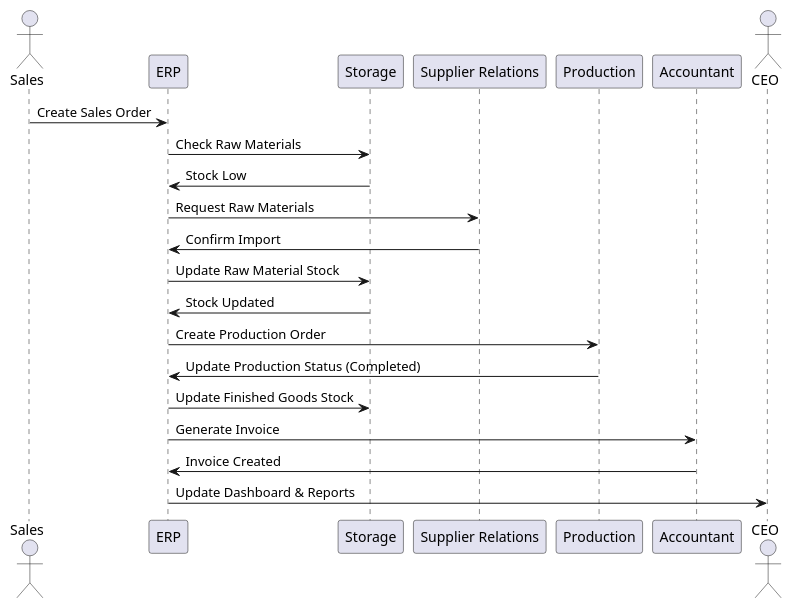
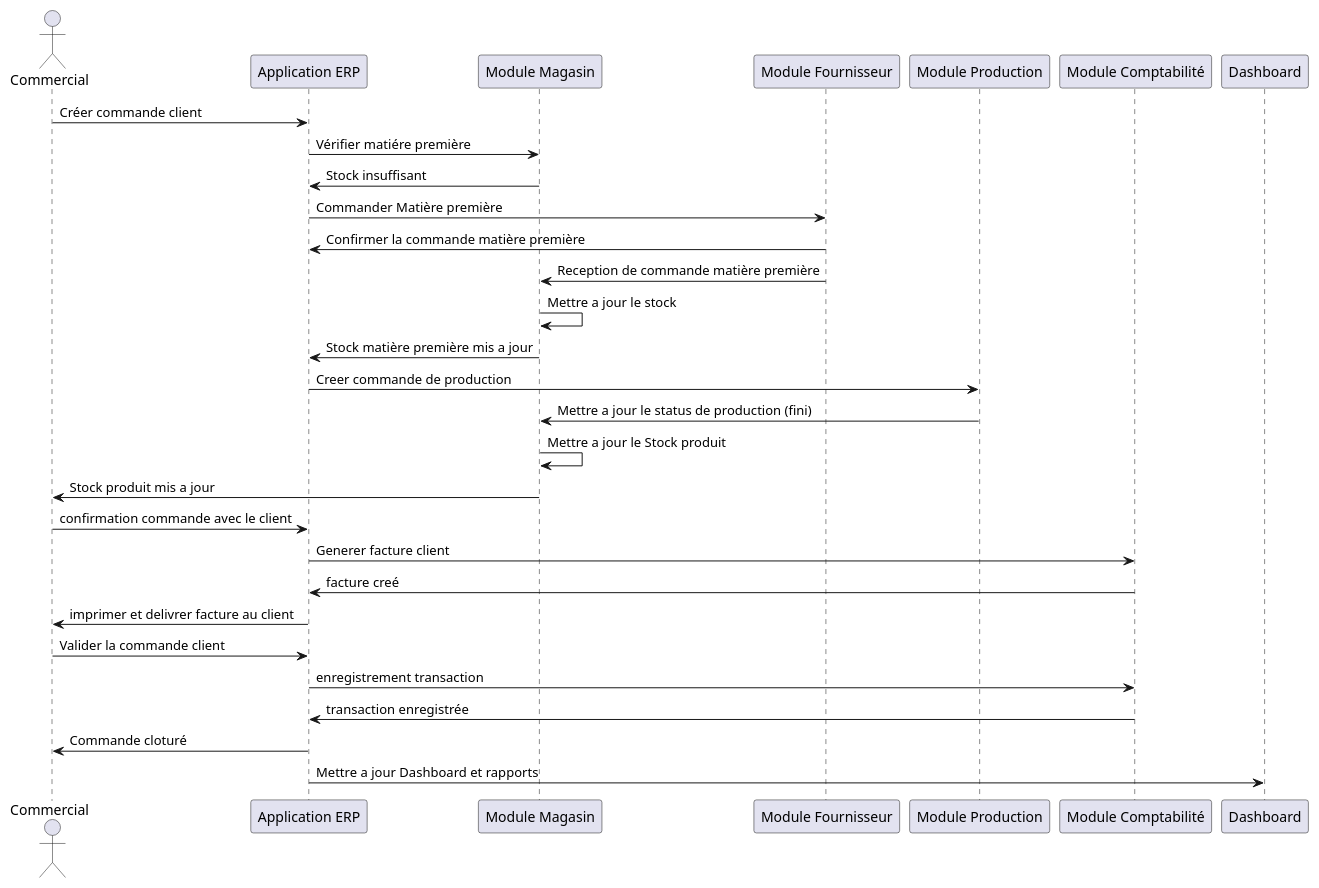
The diagram in sequence_diagram.wsd (ghoulamedz/erp), drawn with PlantUML before and after one commit. The commit also changed 3 other files, not shown here.

```diff
--- a/sequence_diagram.wsd
+++ b/sequence_diagram.wsd
@@ -1,23 +1,31 @@
 @startuml
-actor Sales
-participant ERP
-participant Storage
-participant "Supplier Relations" as SupplierRelations
-participant Production
-participant Accountant
-actor CEO
+actor Commercial
+participant ERP as "Application ERP"
+participant Magasin as "Module Magasin"
+participant Fournisseur as "Module Fournisseur"
+participant Production as "Module Production"
+participant Comptabilité as "Module Comptabilité"
+participant Dashboard
 
-Sales -> ERP : Create Sales Order
-ERP -> Storage : Check Raw Materials
-Storage -> ERP : Stock Low
-ERP -> SupplierRelations : Request Raw Materials
-SupplierRelations -> ERP : Confirm Import
-ERP -> Storage : Update Raw Material Stock
-Storage -> ERP : Stock Updated
-ERP -> Production : Create Production Order
-Production -> ERP : Update Production Status (Completed)
-ERP -> Storage : Update Finished Goods Stock
-ERP -> Accountant : Generate Invoice
-Accountant -> ERP : Invoice Created
-ERP -> CEO : Update Dashboard & Reports
+Commercial -> ERP : Créer commande client
+ERP -> Magasin : Vérifier matiére première
+Magasin -> ERP : Stock insuffisant
+ERP -> Fournisseur : Commander Matière première
+Fournisseur -> ERP : Confirmer la commande matière première
+Fournisseur -> Magasin : Reception de commande matière première
+Magasin -> Magasin : Mettre a jour le stock
+Magasin -> ERP : Stock matière première mis a jour
+ERP -> Production : Creer commande de production
+Production -> Magasin : Mettre a jour le status de production (fini)
+Magasin -> Magasin : Mettre a jour le Stock produit
+Magasin -> Commercial : Stock produit mis a jour
+Commercial -> ERP : confirmation commande avec le client
+ERP -> Comptabilité : Generer facture client
+Comptabilité -> ERP : facture creé
+ERP -> Commercial : imprimer et delivrer facture au client
+Commercial -> ERP : Valider la commande client
+ERP -> Comptabilité : enregistrement transaction
+Comptabilité -> ERP : transaction enregistrée
+ERP -> Commercial : Commande cloturé
+ERP -> Dashboard : Mettre a jour Dashboard et rapports
 @enduml
```
